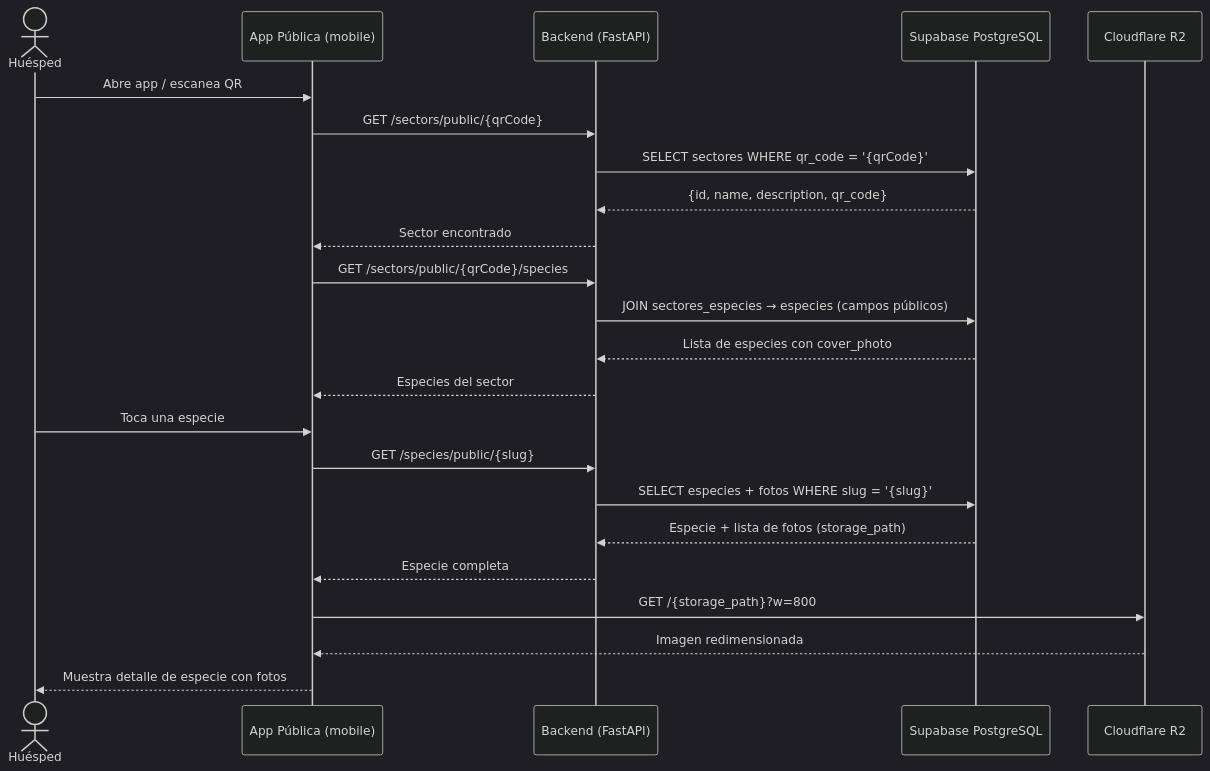
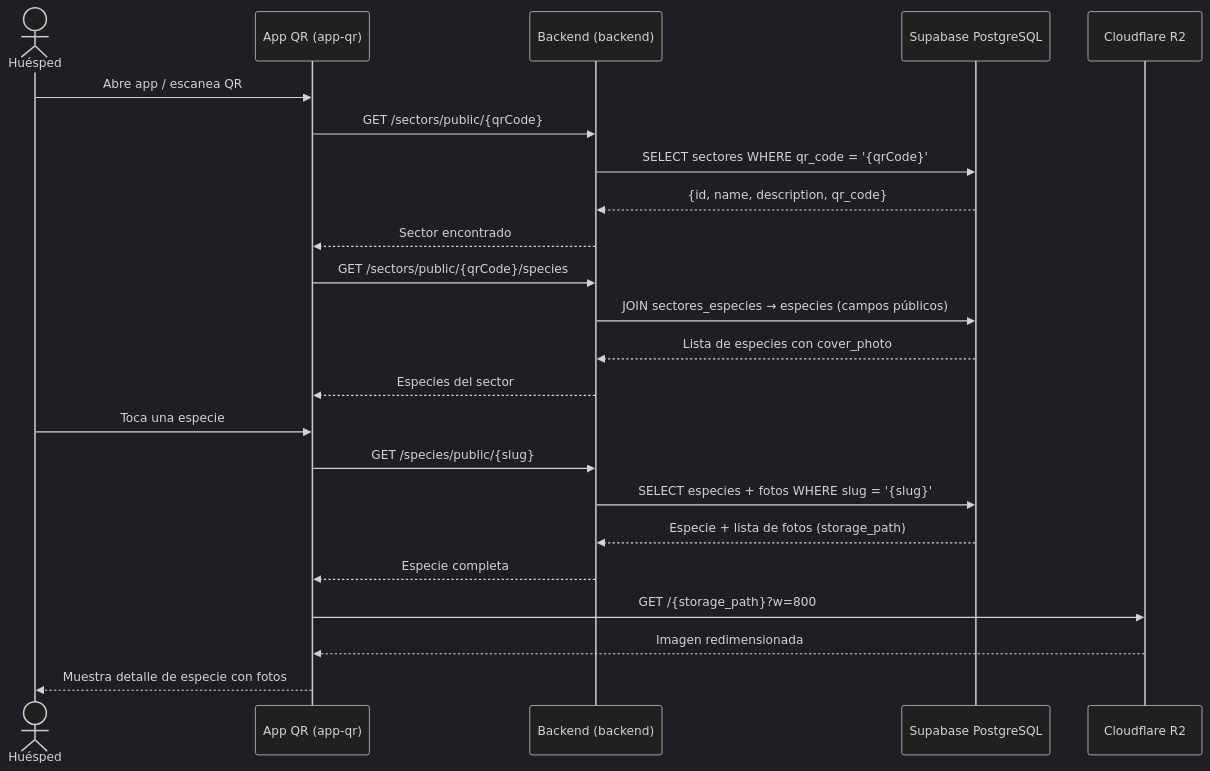
The eighth of 9 diagrams in docs/architecture.md (felicanales/CactarioCasaMolle), drawn with Mermaid (dark theme) before and after one commit. The commit also changed other lines of this file, not shown here.

Commit message:
refactor(architecture): enhance clarity and detail in system architecture documentation

````diff
--- a/docs/architecture.md
+++ b/docs/architecture.md
@@ -205,29 +275,29 @@
 ```mermaid
 sequenceDiagram
   actor Huésped
-  participant App as App Pública (mobile)
-  participant API as Backend (FastAPI)
+  participant App as App QR (app-qr)
+  participant API as Backend (backend)
   participant DB as Supabase PostgreSQL
   participant R2 as Cloudflare R2
 
   Huésped->>App: Abre app / escanea QR
   App->>API: GET /sectors/public/{qrCode}
   API->>DB: SELECT sectores WHERE qr_code = '{qrCode}'
   DB-->>API: {id, name, description, qr_code}
   API-->>App: Sector encontrado
 
   App->>API: GET /sectors/public/{qrCode}/species
   API->>DB: JOIN sectores_especies → especies (campos públicos)
   DB-->>API: Lista de especies con cover_photo
   API-->>App: Especies del sector
 
   Huésped->>App: Toca una especie
   App->>API: GET /species/public/{slug}
   API->>DB: SELECT especies + fotos WHERE slug = '{slug}'
   DB-->>API: Especie + lista de fotos (storage_path)
   API-->>App: Especie completa
 
   App->>R2: GET /{storage_path}?w=800
   R2-->>App: Imagen redimensionada
   App-->>Huésped: Muestra detalle de especie con fotos
 ```
````
